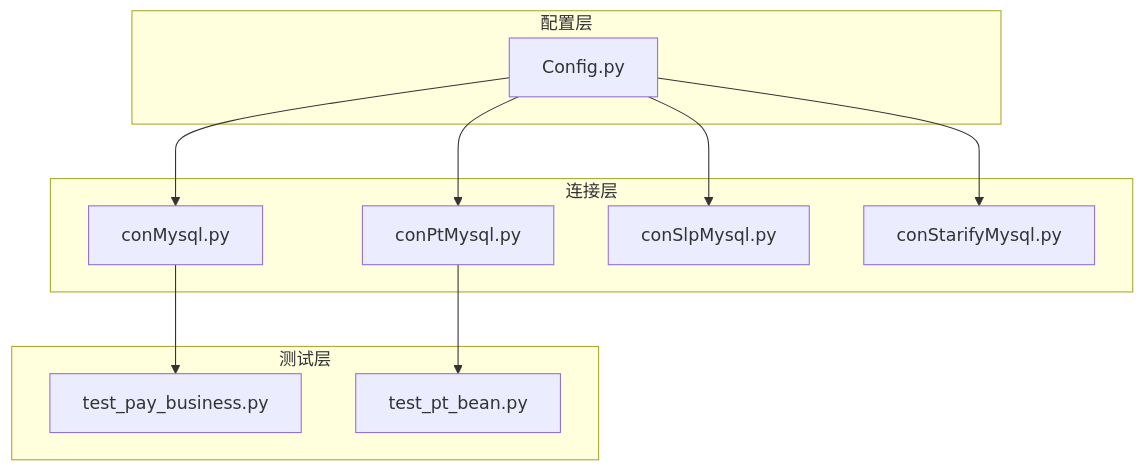
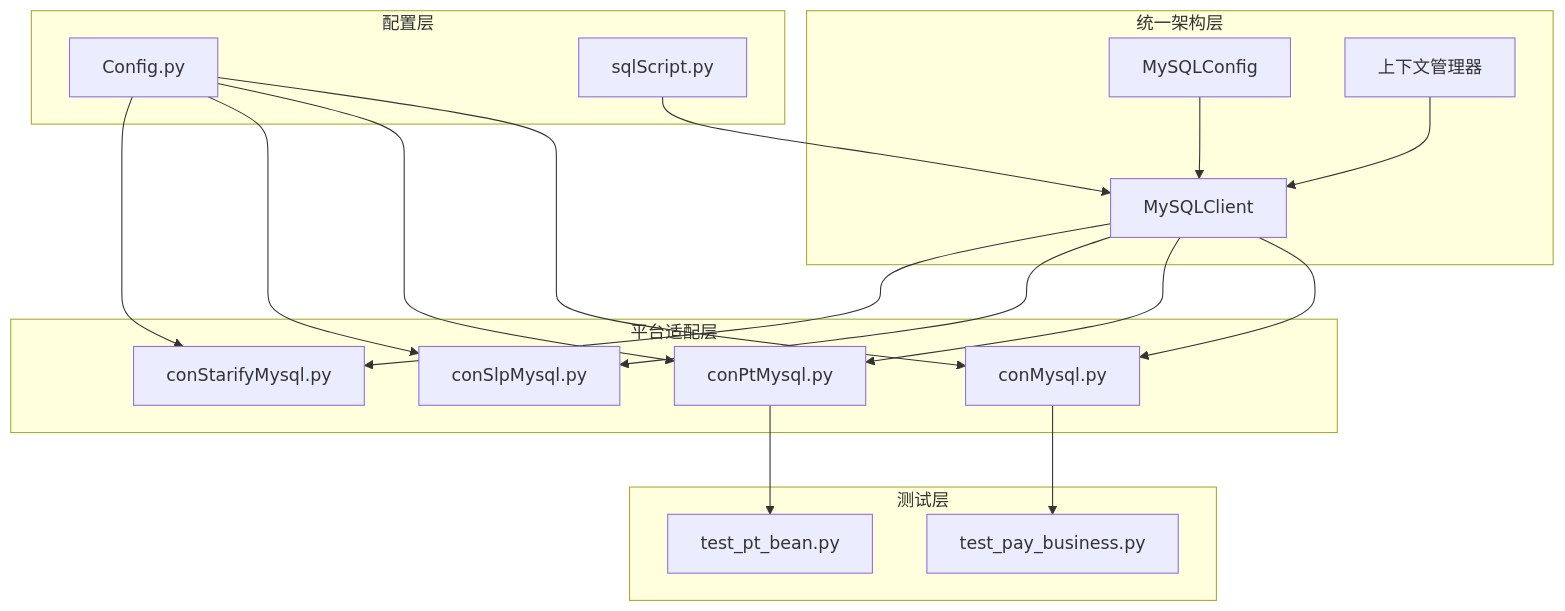
One commit to liximing1-ola/qa-payTest changed diagram 11 of 16 in .qoder/repowiki/zh/content/数据库管理/MySQL连接管理.md. Above: the diagram before and after it, drawn with Mermaid. The commit also changed other lines of this file and 6 other files, not shown here.

````diff
--- a/.qoder/repowiki/zh/content/数据库管理/MySQL连接管理.md
+++ b/.qoder/repowiki/zh/content/数据库管理/MySQL连接管理.md
@@ -428,22 +427,35 @@
 ```mermaid
 graph TB
-subgraph "配置层"
-CONFIG[Config.py]
+subgraph "统一架构层"
+UNIFIED[MySQLClient]
+CONFIG[MySQLConfig]
+CONTEXT[上下文管理器]
 end
-subgraph "连接层"
+subgraph "平台适配层"
 CON_MYSQL[conMysql.py]
 CON_PT[conPtMysql.py]
 CON_SLP[conSlpMysql.py]
 CON_STAR[conStarifyMysql.py]
 end
+subgraph "配置层"
+CONFIG_OBJ[Config.py]
+SQL_SCRIPT[sqlScript.py]
+end
 subgraph "测试层"
 TEST_BUSINESS[test_pay_business.py]
 TEST_PT[test_pt_bean.py]
 end
-CONFIG --> CON_MYSQL
-CONFIG --> CON_PT
-CONFIG --> CON_SLP
-CONFIG --> CON_STAR
+UNIFIED --> CON_MYSQL
+UNIFIED --> CON_PT
+UNIFIED --> CON_SLP
+UNIFIED --> CON_STAR
+CONFIG --> UNIFIED
+CONTEXT --> UNIFIED
+CONFIG_OBJ --> CON_MYSQL
+CONFIG_OBJ --> CON_PT
+CONFIG_OBJ --> CON_SLP
+CONFIG_OBJ --> CON_STAR
+SQL_SCRIPT --> UNIFIED
 CON_MYSQL --> TEST_BUSINESS
 CON_PT --> TEST_PT
 ```
````
